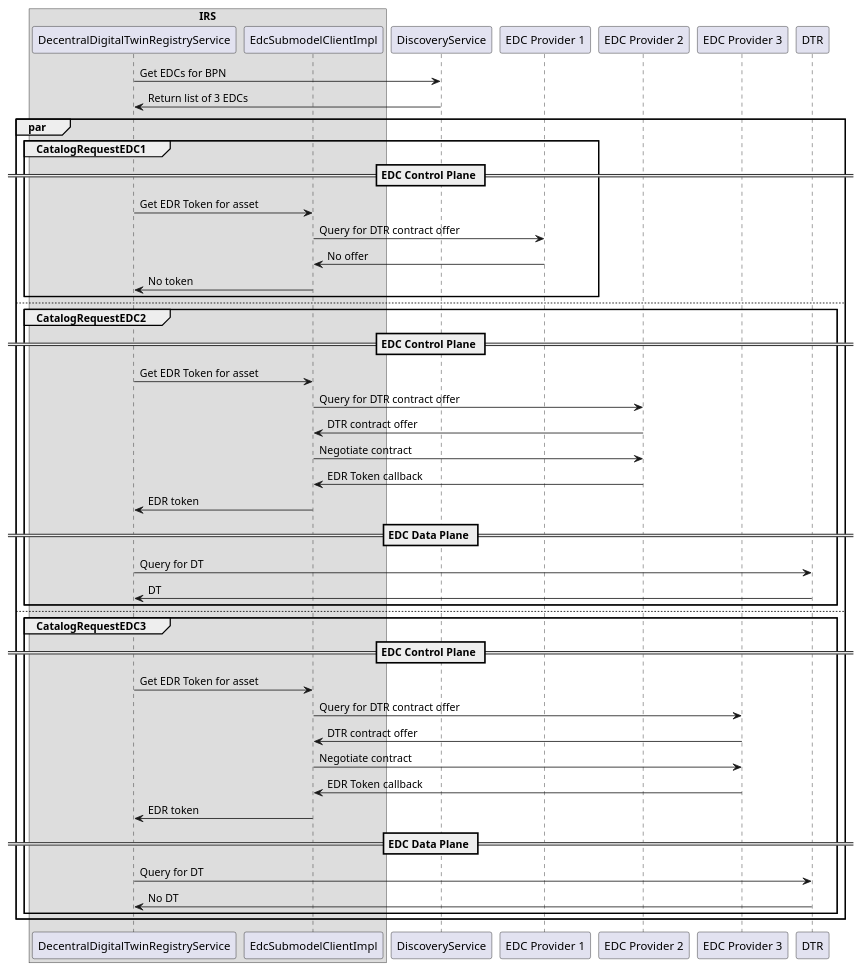
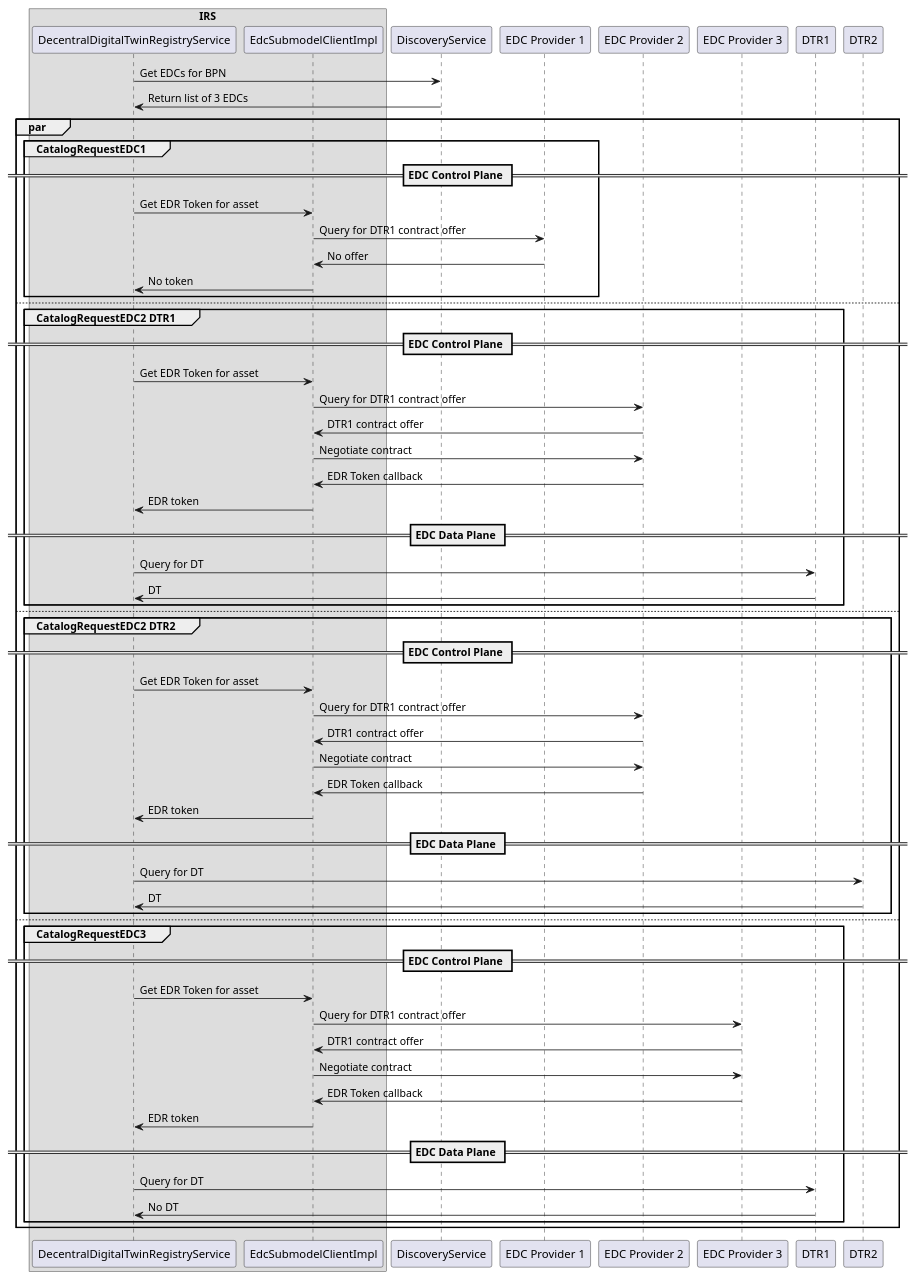
One commit to eclipse-tractusx/item-relationship-service changed the diagram in docs/src/docs/arc42/cross-cutting/discovery-DTR--multiple-EDCs-with-multiple-DTRs--detailed.puml. Above: the diagram before and after it, drawn with PlantUML. The commit also changed 2 other files, not shown here.

Commit message:
feat(impl):[#395] Update detail diagrams

```diff
--- a/docs/src/docs/arc42/cross-cutting/discovery-DTR--multiple-EDCs-with-multiple-DTRs--detailed.puml
+++ b/docs/src/docs/arc42/cross-cutting/discovery-DTR--multiple-EDCs-with-multiple-DTRs--detailed.puml
@@ -1,84 +1,111 @@
 @startuml
 
 
 box IRS
     participant DecentralDigitalTwinRegistryService as DTRS
     participant EdcSubmodelClientImpl as EdcClient
 end box
 
 
 participant DiscoveryService
 participant "EDC Provider 1" as EDCProvider1
 participant "EDC Provider 2" as EDCProvider2
 participant "EDC Provider 3" as EDCProvider3
-participant "DTR" as DTR
+participant "DTR1" as DTR1
+participant "DTR2" as DTR2
 
 ' DigitalTwinDelegate.process
 ' DecentralDigitalTwinRegistryService.fetchShells
 ' ConnectorEndpointsService.fetchConnectorEndpoints(String bpn) -- cacheable
 DTRS -> DiscoveryService: Get EDCs for BPN
 ' discoveryFinderClient.findDiscoveryEndpoints(DiscoveryFinderRequest request)
 DiscoveryService -> DTRS: Return list of 3 EDCs
 
 ' Turned into futures to get the EDR tokens by
 ' EndpointDataForConnectorsService.createFindEndpointDataForConnectorsFutures(List<String> edcUrls)
 
 par
     group CatalogRequestEDC1
 
         == EDC Control Plane ==
         DTRS -> EdcClient: Get EDR Token for asset
-        EdcClient -> EDCProvider1: Query for DTR contract offer
+        EdcClient -> EDCProvider1: Query for DTR1 contract offer
         EDCProvider1 -> EdcClient: No offer
         EdcClient -> DTRS: No token
     end
 
     else
 
-    group CatalogRequestEDC2
+    group CatalogRequestEDC2 DTR1
 
         == EDC Control Plane ==
 
         ' this happens in DecentralDigitalTwinRegistryService.fetchShellDescriptorsForConnectorEndpoints
         ' when each of List<CompletableFuture<EndpointDataReference>> is composed
         ' with fetchShellDescriptorsForKey
         DTRS -> EdcClient: Get EDR Token for asset
         ' EdcSubmodelFacade.getEndpointReferenceForAsset
         ' EdcSubmodelClientImpl.getEndpointReferenceForAsset
-        EdcClient -> EDCProvider2: Query for DTR contract offer
-        EDCProvider2 -> EdcClient: DTR contract offer
+        EdcClient -> EDCProvider2: Query for DTR1 contract offer
+        EDCProvider2 -> EdcClient: DTR1 contract offer
         ' EdcSubmodelClientImpl.negotiateContract
         EdcClient -> EDCProvider2: Negotiate contract
         EDCProvider2 -> EdcClient: EDR Token callback
+
         EdcClient -> DTRS: EDR token
 
 
         == EDC Data Plane ==
 
         ' DecentralDigitalTwinRegistryService
         '      .fetchShellDescriptor(EndpointDataReference, DigitalTwinRegistryKey)
-        DTRS -> DTR: Query for DT
-        DTR -> DTRS: DT
+        DTRS -> DTR1: Query for DT
+        DTR1 -> DTRS: DT
         ' result is AssetAdministrationShellDescriptor which is the actual data
+    end
+
+    else
+
+    group CatalogRequestEDC2 DTR2
+
+        == EDC Control Plane ==
+
+        DTRS -> EdcClient: Get EDR Token for asset
+        EdcClient -> EDCProvider2: Query for DTR1 contract offer
+        EDCProvider2 -> EdcClient: DTR1 contract offer
+        EdcClient -> EDCProvider2: Negotiate contract
+        EDCProvider2 -> EdcClient: EDR Token callback
+
+        EdcClient -> DTRS: EDR token
+
+
+        == EDC Data Plane ==
+
+        DTRS -> DTR2: Query for DT
+        DTR2 -> DTRS: DT
     end
 
     else
 
     group CatalogRequestEDC3
 
         == EDC Control Plane ==
 
         DTRS -> EdcClient: Get EDR Token for asset
-        EdcClient -> EDCProvider3: Query for DTR contract offer
-        EDCProvider3 -> EdcClient: DTR contract offer
+        EdcClient -> EDCProvider3: Query for DTR1 contract offer
+        EDCProvider3 -> EdcClient: DTR1 contract offer
         EdcClient -> EDCProvider3: Negotiate contract
         EDCProvider3 -> EdcClient: EDR Token callback
         EdcClient -> DTRS: EDR token
 
         == EDC Data Plane ==
 
-        DTRS -> DTR: Query for DT
-        DTR -> DTRS: No DT
+        DTRS -> DTR1: Query for DT
+        DTR1 -> DTRS: No DT
     end
 end
+
+' TODO(mfischer): #395: how do we visualize the following behaviour in the diagram?:
+'    fastest successful response from DTR will be returned
+
 @enduml
```
